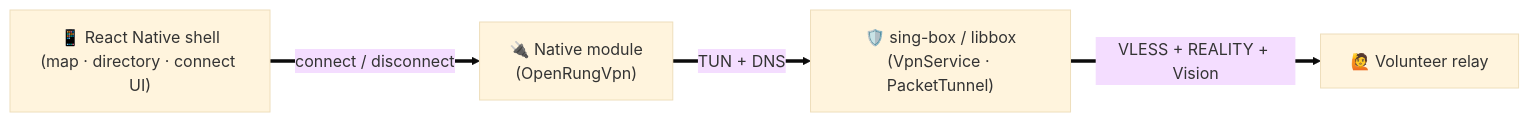
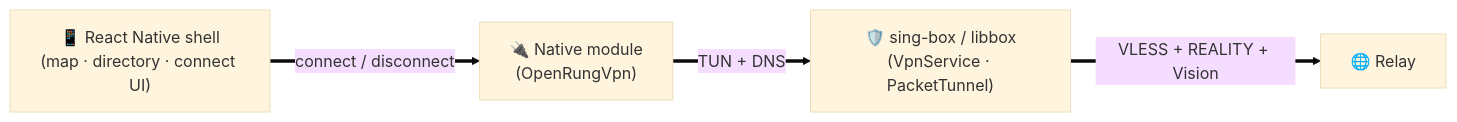
One commit to openrung/openrung-mobile-app changed the diagram in README.md. Above: the diagram before and after it, drawn with Mermaid (base theme). The commit also changed other lines of this file and 56 other files, not shown here.

````diff
--- a/README.md
+++ b/README.md
@@ -41,11 +42,11 @@
 ```mermaid
 flowchart LR
     ui["📱 React Native shell<br/>(map · directory · connect UI)"]
     bridge["🔌 Native module<br/>(OpenRungVpn)"]
     engine["🛡️ sing-box / libbox<br/>(VpnService · PacketTunnel)"]
-    volunteer["🙋 Volunteer relay"]
+    relay["🌐 Relay"]
 
     ui == "connect / disconnect" ==> bridge
     bridge == "TUN + DNS" ==> engine
-    engine == "VLESS + REALITY + Vision" ==> volunteer
+    engine == "VLESS + REALITY + Vision" ==> relay
 ```
````
